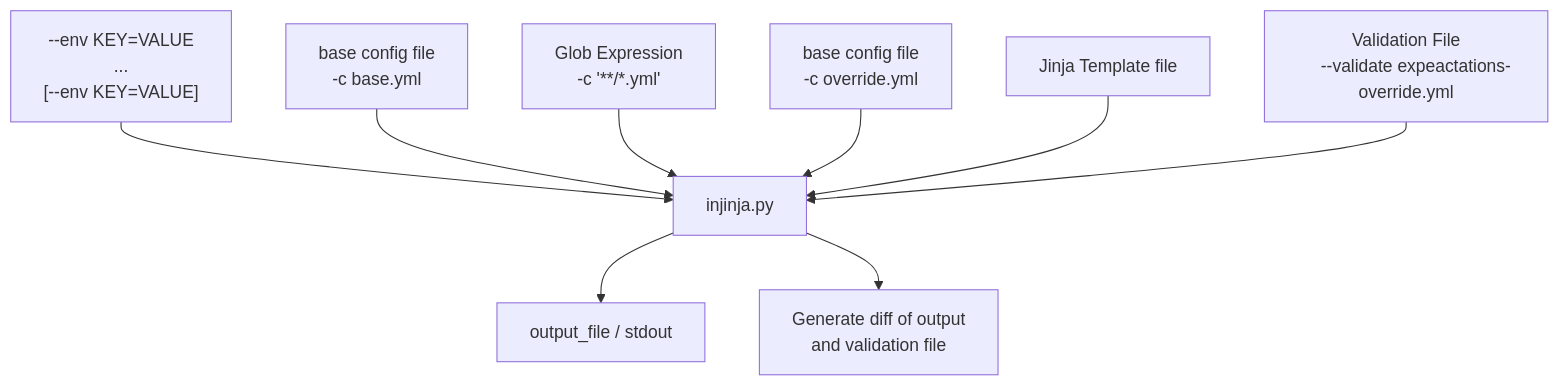
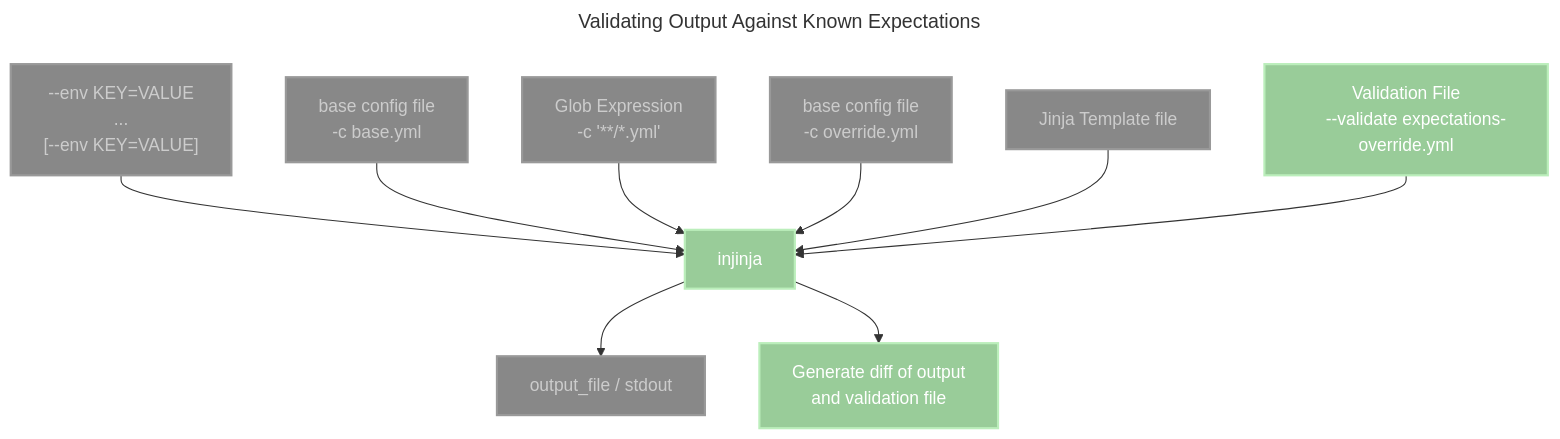
The diagram in diagrams/testing.mmd (neozenith/injinja), drawn with Mermaid before and after one commit. The commit also changed 41 other files, not shown here.

First line of the commit message:
feat: add schema validation support (JSON Schema + Pydantic) (#20)

```diff
--- a/diagrams/testing.mmd
+++ b/diagrams/testing.mmd
@@ -1,28 +1,37 @@
+---
+title: Validating Output Against Known Expectations
+---
 flowchart TD
     output["`output_file / stdout `"]
     environment_variable["
     --env KEY=VALUE
     ...
     [--env KEY=VALUE]"]
 
     config_file["base config file 
     -c base.yml"]
     glob_expression["Glob Expression
     -c '**/*.yml'"]
     override_file["base config file 
     -c override.yml"]
 
     template_file["Jinja Template file"]
     validate["Validation File
-    --validate expeactations-override.yml"]
+    --validate expectations-override.yml"]
     diff["Generate diff of output 
     and validation file"]
 
-    environment_variable --> injinja.py
-    config_file --> injinja.py
-    glob_expression --> injinja.py
-    override_file --> injinja.py
-    template_file --> injinja.py
-    validate --> injinja.py
-    injinja.py --> output
-    injinja.py --> diff
+    environment_variable --> injinja
+    config_file --> injinja
+    glob_expression --> injinja
+    override_file --> injinja
+    template_file --> injinja
+    validate --> injinja
+    injinja --> output
+    injinja --> diff
+
+    classDef focus fill:#9c9,stroke:#beb,stroke-width:2px,color:#fff
+    classDef other fill:#888,stroke:#999,stroke-width:2px,color:#ccc
+    
+    class validate,diff,injinja focus
+    class config_file,glob_expression,override_file,template_file,output,environment_variable other
```
